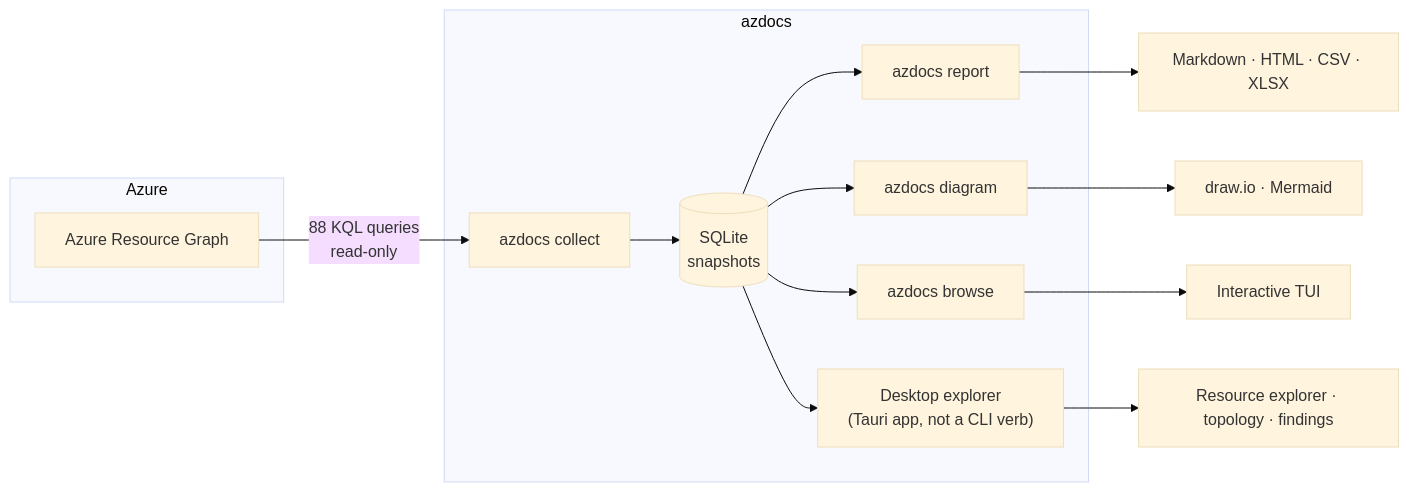
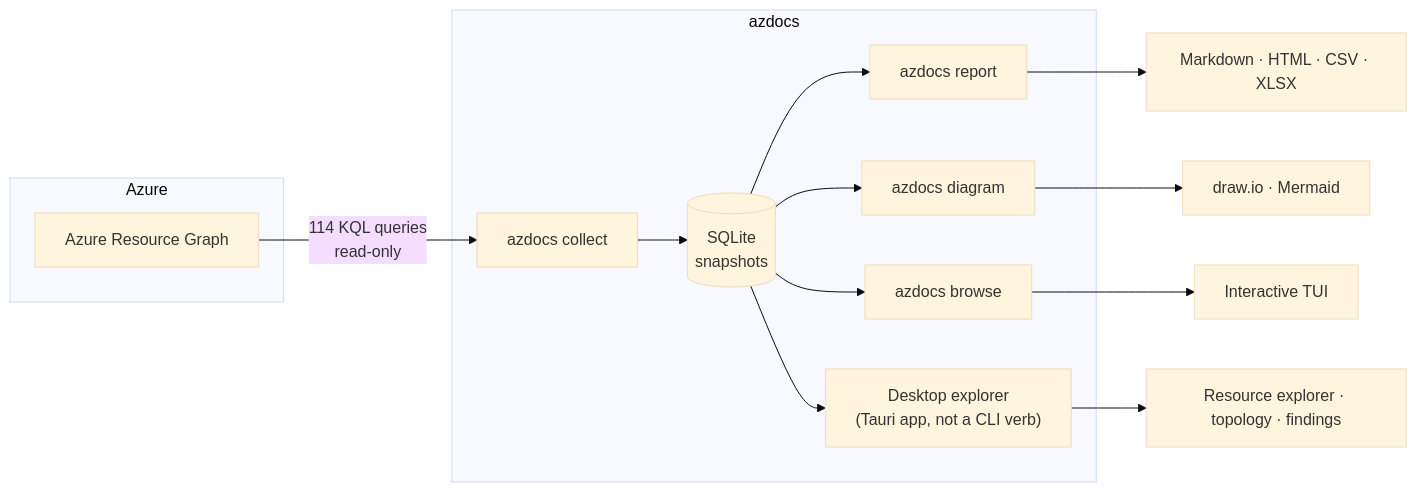
One commit to russmckendrick/azdocs changed the diagram in docs/README.md. Above: the diagram before and after it, drawn with Mermaid (base theme). The commit also changed other lines of this file and 96 other files, not shown here.

````diff
--- a/docs/README.md
+++ b/docs/README.md
@@ -7,24 +7,24 @@
 ```mermaid
 flowchart LR
     subgraph Azure
         ARG[Azure Resource Graph]
     end
     subgraph azdocs
         collect[azdocs collect]
         db[(SQLite<br/>snapshots)]
         report[azdocs report]
         diagram[azdocs diagram]
         browse[azdocs browse]
         desktop["Desktop explorer<br/>(Tauri app, not a CLI verb)"]
     end
-    ARG -->|88 KQL queries<br/>read-only| collect
+    ARG -->|114 KQL queries<br/>read-only| collect
     collect --> db
     db --> report
     db --> diagram
     db --> browse
     db --> desktop
     report --> docs_out[Markdown · HTML · CSV · XLSX]
     diagram --> diag_out[draw.io · Mermaid]
     browse --> tui[Interactive TUI]
     desktop --> gui[Resource explorer · topology · findings]
 ```
````
